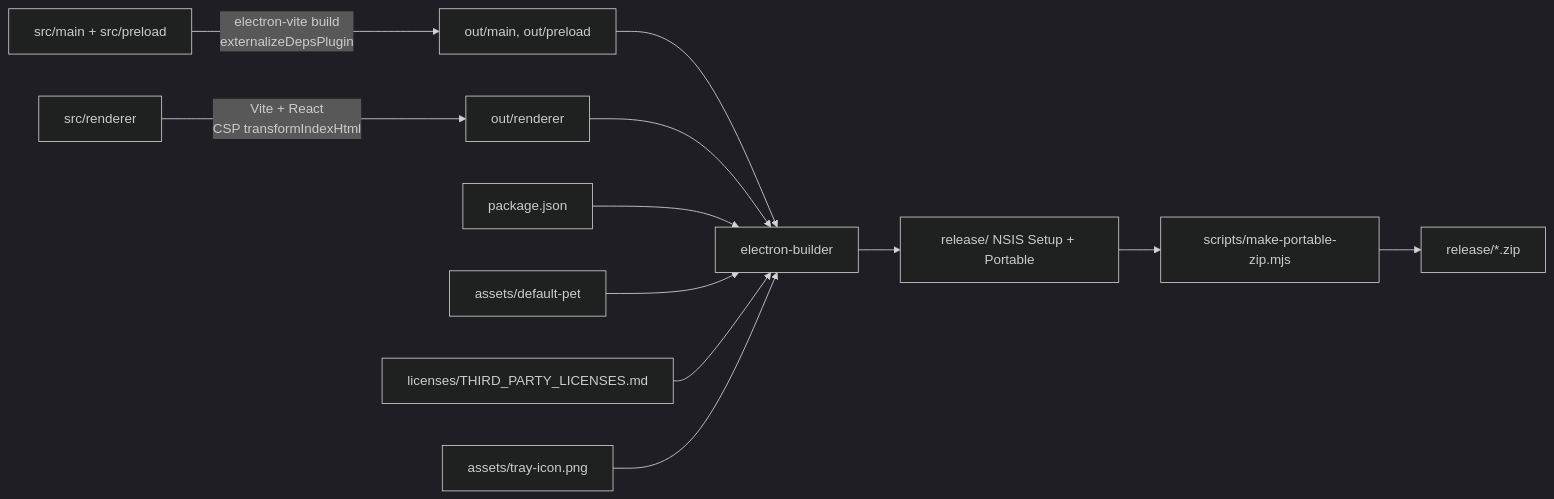
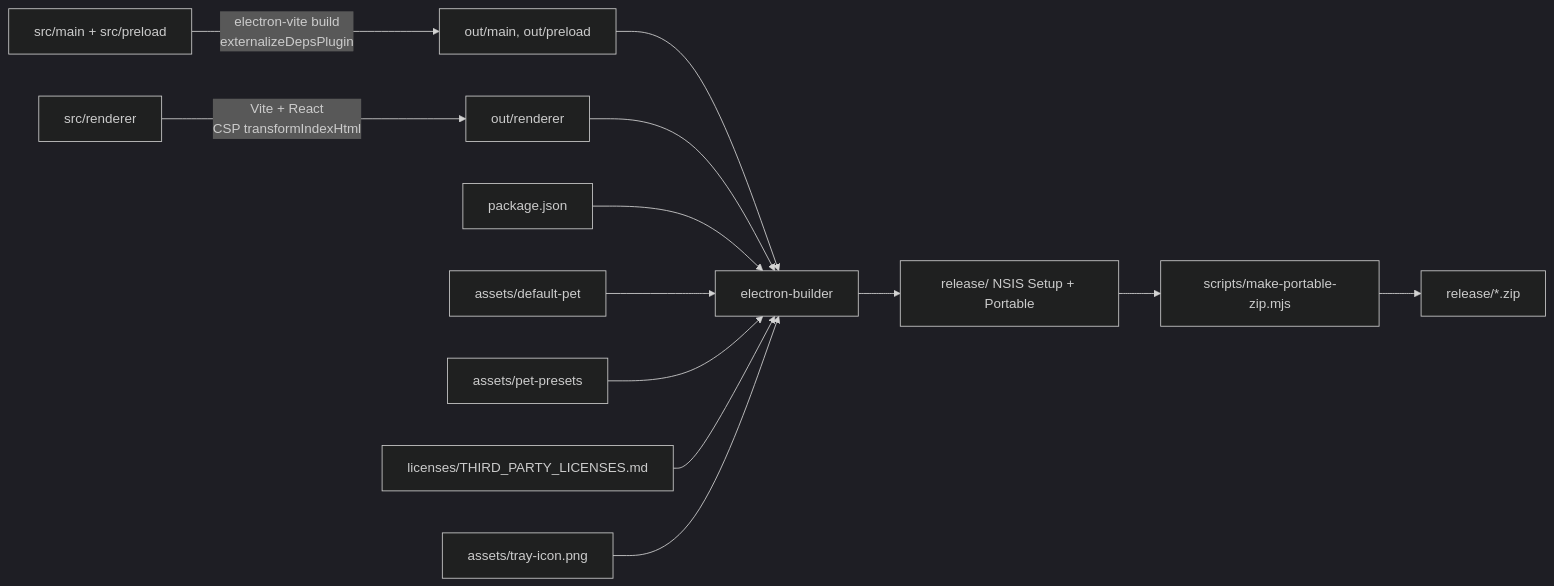
Before and after one commit to ZaiHuaOvO/FlowerBuddy: the second of 2 diagrams in docs/architecture/overview.md, drawn with Mermaid (dark theme). The commit also changed other lines of this file and 41 other files, not shown here.

````diff
--- a/docs/architecture/overview.md
+++ b/docs/architecture/overview.md
@@ -357,14 +359,15 @@
 ```mermaid
 flowchart LR
   A[src/main + src/preload] -->|electron-vite build<br/>externalizeDepsPlugin| B[out/main, out/preload]
   C[src/renderer] -->|Vite + React<br/>CSP transformIndexHtml| B2[out/renderer]
   B --> D[electron-builder]
   B2 --> D
   E[package.json] --> D
   F[assets/default-pet] --> D
+  P[assets/pet-presets] --> D
   G[licenses/THIRD_PARTY_LICENSES.md] --> D
   H[assets/tray-icon.png] --> D
   D --> I[release/ NSIS Setup + Portable]
   I --> J[scripts/make-portable-zip.mjs]
   J --> K[release/*.zip]
 ```
````
